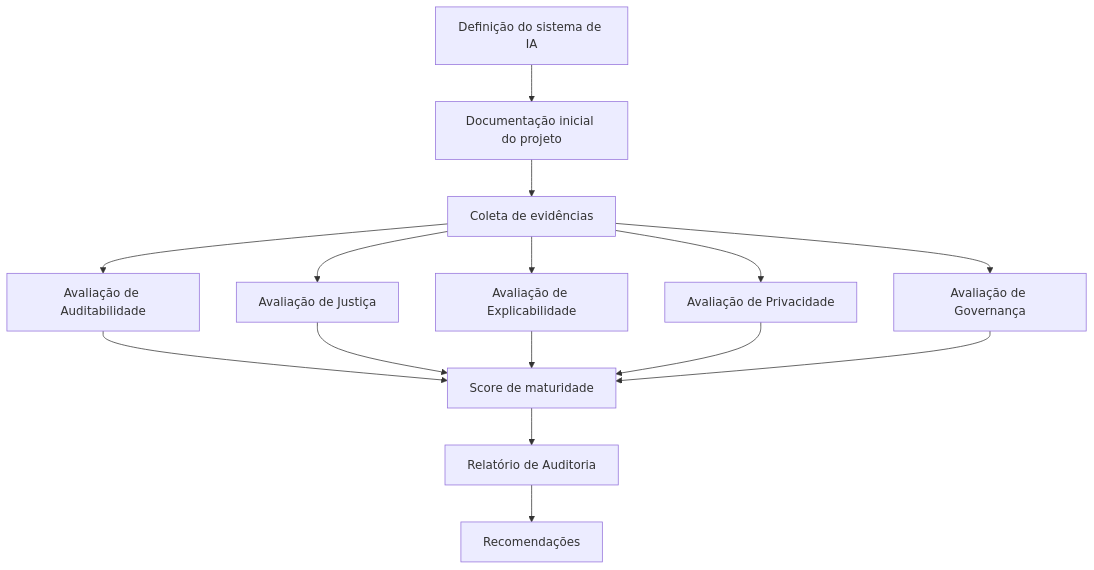
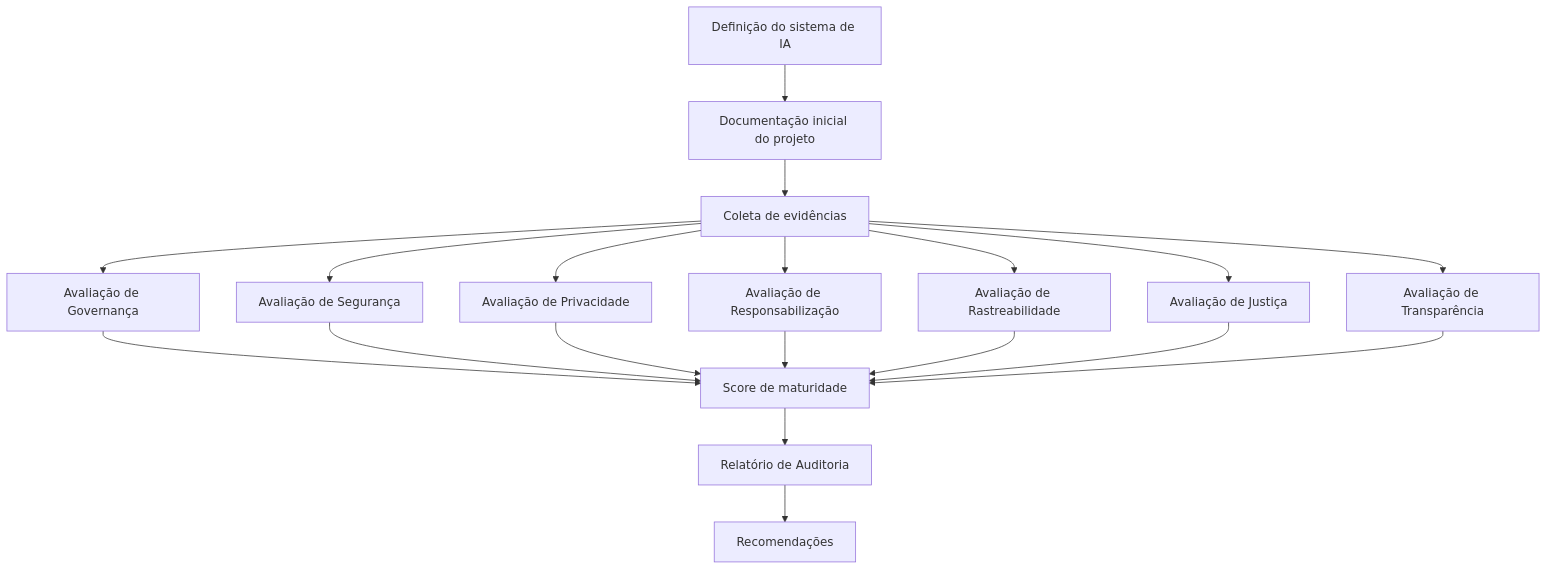
The diagram in docs/ciclo_auditoria.md (niar-saude-ufmg/FIAR-Saude), drawn with Mermaid before and after one commit. The commit also changed other lines of this file, not shown here.

Commit message:
Revise evaluation dimensions and audit process
Updated evaluation dimensions and audit flow in documentation.

````diff
--- a/docs/ciclo_auditoria.md
+++ b/docs/ciclo_auditoria.md
@@ -113,25 +115,29 @@
 ```mermaid
 
 flowchart TD
 
 A[Definição do sistema de IA] --> B[Documentação inicial do projeto]
 
 B --> C[Coleta de evidências]
 
-C --> D1[Avaliação de Auditabilidade]
-C --> D2[Avaliação de Justiça]
-C --> D3[Avaliação de Explicabilidade]
-C --> D4[Avaliação de Privacidade]
-C --> D5[Avaliação de Governança]
+C --> D1[Avaliação de Governança]
+C --> D2[Avaliação de Segurança]
+C --> D3[Avaliação de Privacidade]
+C --> D4[Avaliação de Responsabilização]
+C --> D5[Avaliação de Rastreabilidade]
+C --> D6[Avaliação de Justiça]
+C --> D7[Avaliação de Transparência]
 
 D1 --> E[Score de maturidade]
 D2 --> E
 D3 --> E
 D4 --> E
 D5 --> E
+D6 --> E
+D7 --> E
 
 E --> F[Relatório de Auditoria]
 F --> G[Recomendações]
 
 
 ```
````
